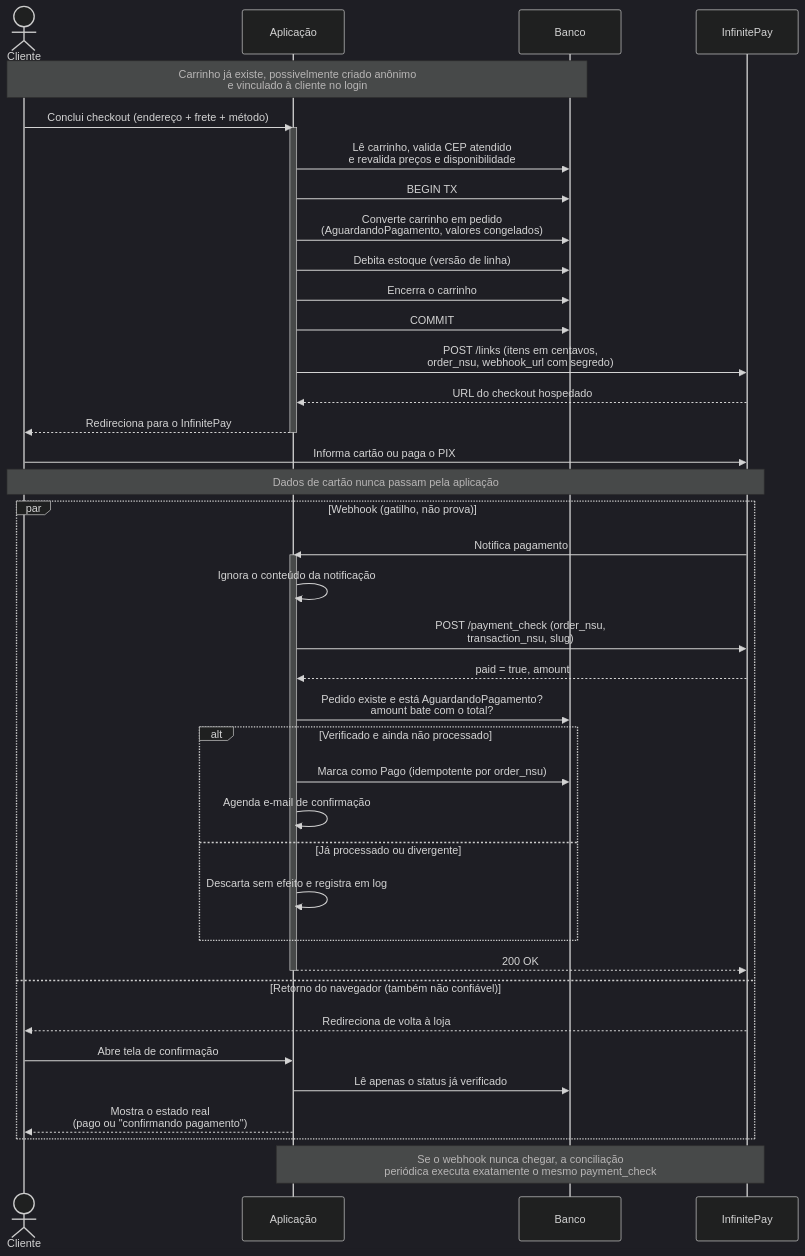
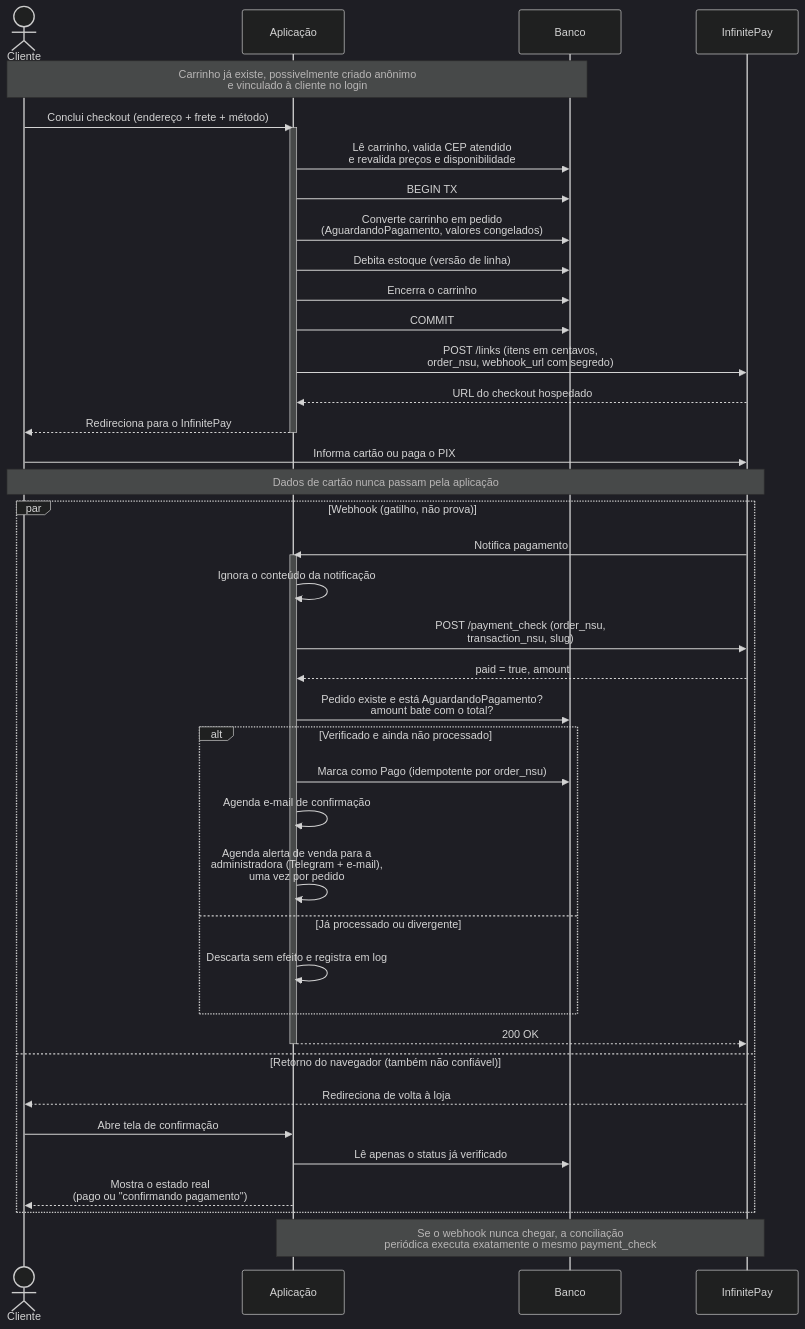
One commit to mbanagouro/ecomm-florabambini changed the third of 5 diagrams in docs/architecture/proposta-arquitetural.md. Above: the diagram before and after it, drawn with Mermaid (dark theme). The commit also changed other lines of this file and 1 other file, not shown here.

First line of the commit message:
Adiciona ADR-009 (alerta de venda) e ADR-010 (categorias hierarquicas)

````diff
--- a/docs/architecture/proposta-arquitetural.md
+++ b/docs/architecture/proposta-arquitetural.md
@@ -379,49 +439,50 @@
 ```mermaid
 sequenceDiagram
     actor C as Cliente
     participant App as Aplicação
     participant DB as Banco
     participant IP as InfinitePay
 
     Note over C,DB: Carrinho já existe, possivelmente criado anônimo<br/>e vinculado à cliente no login
 
     C->>App: Conclui checkout (endereço + frete + método)
     activate App
     App->>DB: Lê carrinho, valida CEP atendido<br/>e revalida preços e disponibilidade
     App->>DB: BEGIN TX
     App->>DB: Converte carrinho em pedido<br/>(AguardandoPagamento, valores congelados)
     App->>DB: Debita estoque (versão de linha)
     App->>DB: Encerra o carrinho
     App->>DB: COMMIT
     App->>IP: POST /links (itens em centavos,<br/>order_nsu, webhook_url com segredo)
     IP-->>App: URL do checkout hospedado
     App-->>C: Redireciona para o InfinitePay
     deactivate App
 
     C->>IP: Informa cartão ou paga o PIX
     Note over C,IP: Dados de cartão nunca passam pela aplicação
 
     par Webhook (gatilho, não prova)
         IP->>App: Notifica pagamento
         activate App
         App->>App: Ignora o conteúdo da notificação
         App->>IP: POST /payment_check (order_nsu,<br/>transaction_nsu, slug)
         IP-->>App: paid = true, amount
         App->>DB: Pedido existe e está AguardandoPagamento?<br/>amount bate com o total?
         alt Verificado e ainda não processado
             App->>DB: Marca como Pago (idempotente por order_nsu)
             App->>App: Agenda e-mail de confirmação
+            App->>App: Agenda alerta de venda para a<br/>administradora (Telegram + e-mail),<br/>uma vez por pedido
         else Já processado ou divergente
             App->>App: Descarta sem efeito e registra em log
         end
         App-->>IP: 200 OK
         deactivate App
     and Retorno do navegador (também não confiável)
         IP-->>C: Redireciona de volta à loja
         C->>App: Abre tela de confirmação
         App->>DB: Lê apenas o status já verificado
         App-->>C: Mostra o estado real<br/>(pago ou "confirmando pagamento")
     end
 
     Note over App,IP: Se o webhook nunca chegar, a conciliação<br/>periódica executa exatamente o mesmo payment_check
 ```
````
